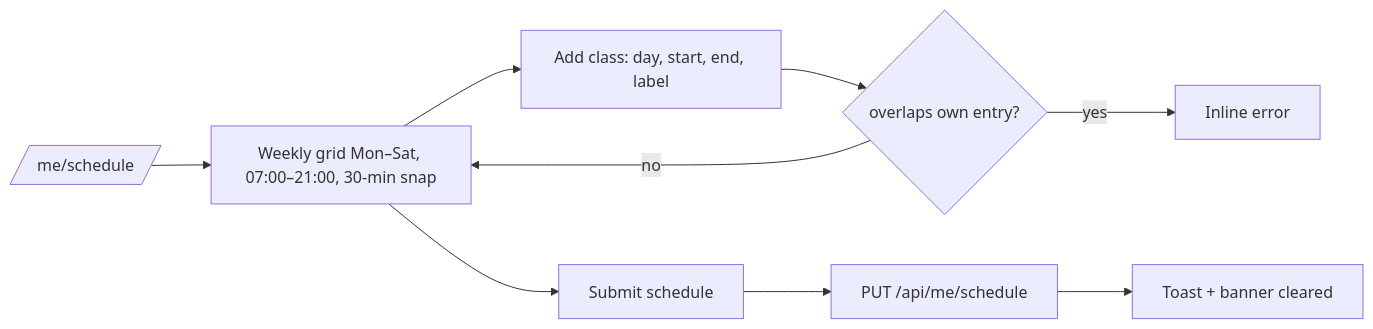
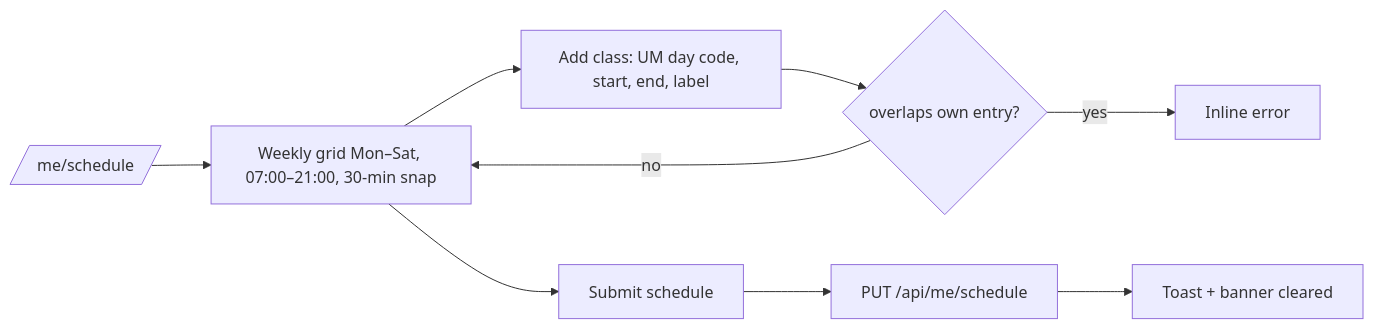
One commit to MatchanJJ/umal-management-backend changed the third of 5 diagrams in docs/03-app-flow.md. Above: the diagram before and after it, drawn with Mermaid. The commit also changed 4 other files, not shown here.

````diff
--- a/docs/03-app-flow.md
+++ b/docs/03-app-flow.md
@@ -98,9 +98,9 @@
 ```mermaid
 flowchart LR
   A[/me/schedule/] --> B[Weekly grid Mon–Sat, 07:00–21:00, 30-min snap]
-  B --> C[Add class: day, start, end, label]
+  B --> C[Add class: UM day code, start, end, label]
   C --> D{overlaps own entry?}
   D -- yes --> E[Inline error]
   D -- no --> B
   B --> F[Submit schedule] --> G[PUT /api/me/schedule] --> H[Toast + banner cleared]
 ```
````
